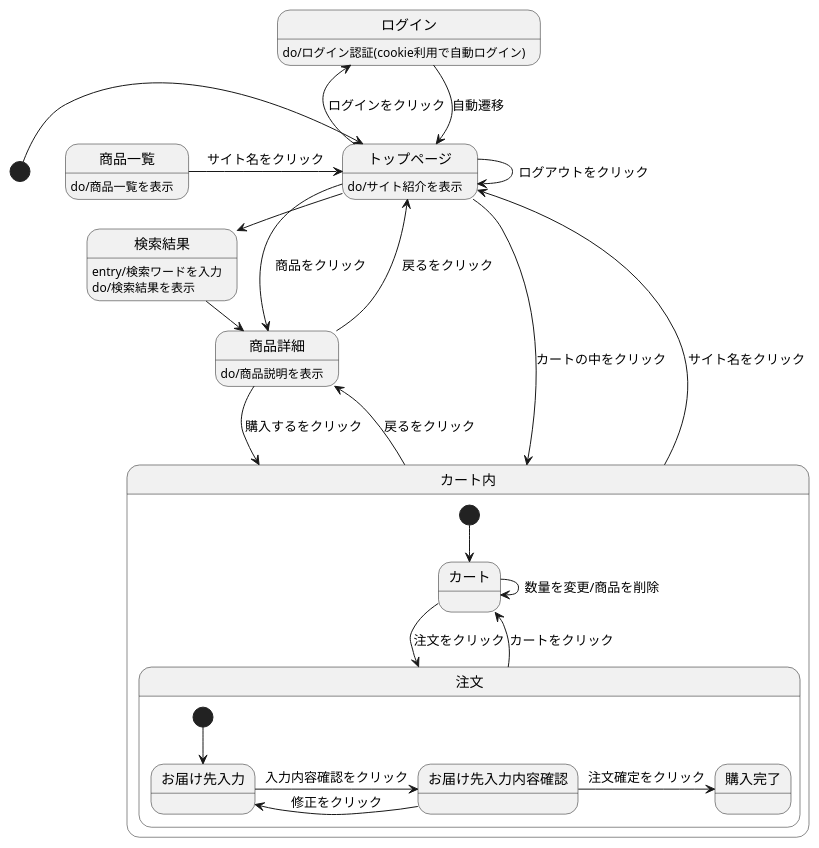
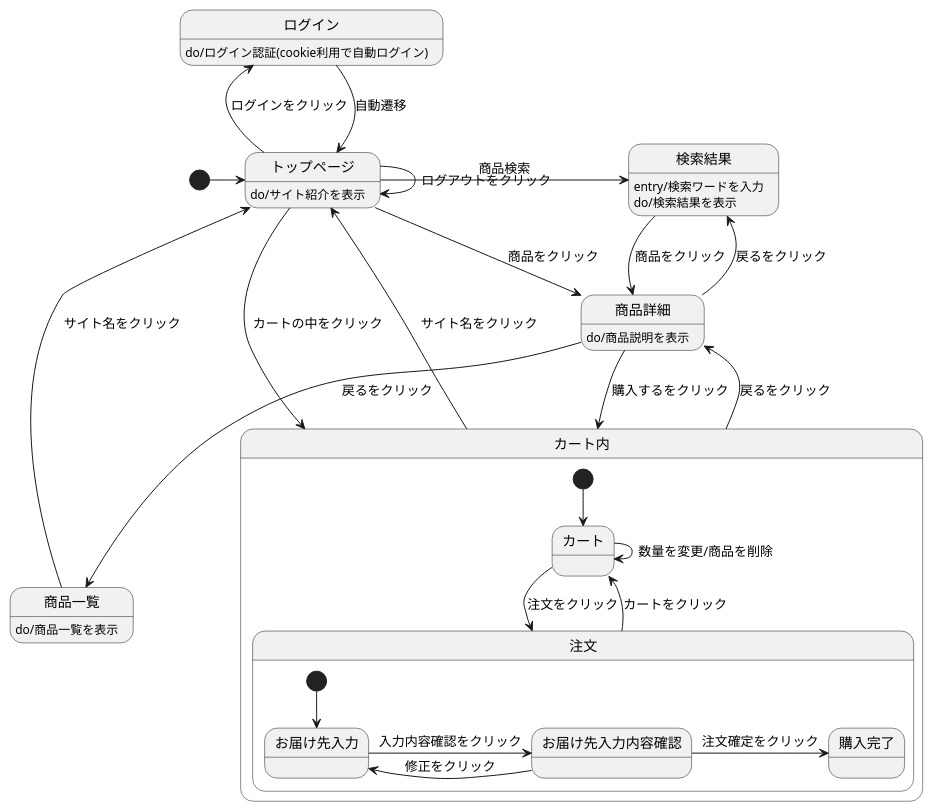
The diagram in src2/md/状態遷移図.md (Aso2001369/2021sys-design), drawn with PlantUML before and after one commit.

````diff
--- a/src2/md/状態遷移図.md
+++ b/src2/md/状態遷移図.md
@@ -1,37 +1,38 @@
 ```uml
 @startuml
 
 [*] -> トップページ
 ログイン --> トップページ : 自動遷移
 ログイン : do/ログイン認証(cookie利用で自動ログイン)
 トップページ --> トップページ : ログアウトをクリック
 トップページ -> 検索結果 : 商品検索
 トップページ -> 商品詳細 : 商品をクリック
 トップページ -left-> ログイン : ログインをクリック
 トップページ --> カート内 : カートの中をクリック
 トップページ : do/サイト紹介を表示
 商品一覧 : do/商品一覧を表示
 商品一覧 -> トップページ : サイト名をクリック
 検索結果 -> 商品詳細 : 商品をクリック
 検索結果 : entry/検索ワードを入力
 検索結果 : do/検索結果を表示
 商品詳細 --> カート内 : 購入するをクリック
-商品詳細 --> トップページ : 戻るをクリック
+商品詳細 --> 検索結果 : 戻るをクリック
+商品詳細 --> 商品一覧 : 戻るをクリック
 商品詳細 : do/商品説明を表示
 カート内 -up-> トップページ : サイト名をクリック
 カート内 -> 商品詳細 : 戻るをクリック
 
 state カート内 {
   [*] --> カート
   カート -> 注文 : 注文をクリック
   カート -> カート : 数量を変更/商品を削除
   注文 --> カート : カートをクリック
   state 注文 {
     [*] --> お届け先入力
     お届け先入力 -> お届け先入力内容確認 : 入力内容確認をクリック
     お届け先入力内容確認 -> お届け先入力 : 修正をクリック
     お届け先入力内容確認 -> 購入完了 : 注文確定をクリック
   }
  }
 @enduml
 ```
````
